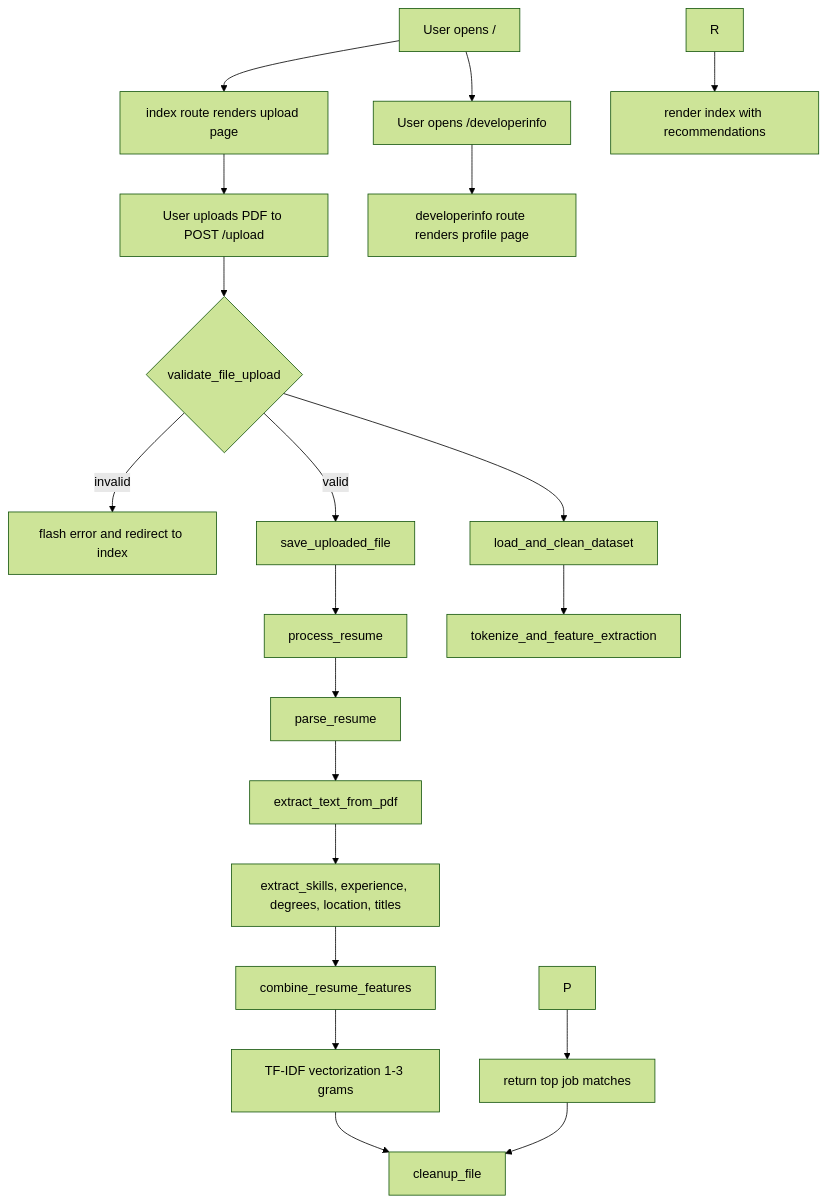
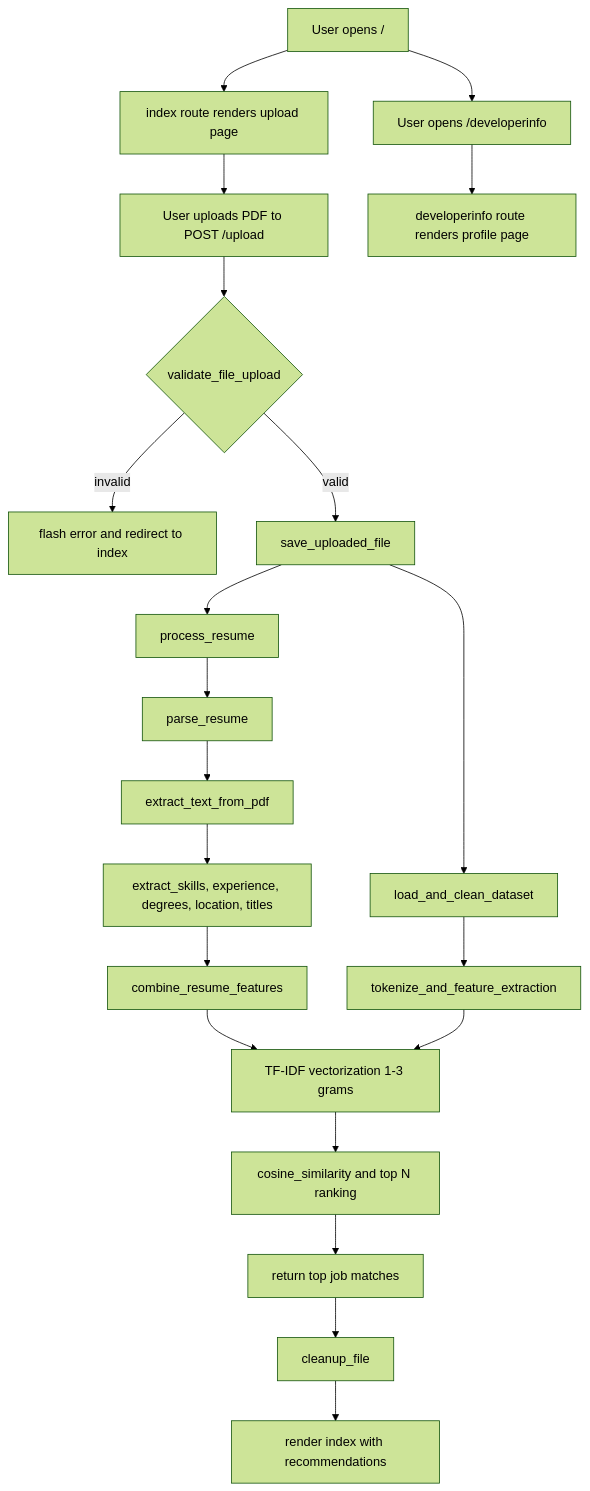
One commit to avishek-sarkar/Job-Recommendation-System changed the diagram in README.md. Above: the diagram before and after it, drawn with Mermaid (forest theme). The commit also changed other lines of this file, not shown here.

````diff
--- a/README.md
+++ b/README.md
@@ -50,22 +50,23 @@
 ```mermaid
 flowchart TD
     A[User opens /] --> B[index route renders upload page]
     B --> C[User uploads PDF to POST /upload]
     C --> D{validate_file_upload}
     D -->|invalid| E[flash error and redirect to index]
     D -->|valid| F[save_uploaded_file]
     F --> G[process_resume]
     G --> H[parse_resume]
     H --> I[extract_text_from_pdf]
     I --> J[extract_skills, experience, degrees, location, titles]
     J --> K[combine_resume_features]
-    D --> L[load_and_clean_dataset]
+    F --> L[load_and_clean_dataset]
     L --> M[tokenize_and_feature_extraction]
     K --> N[TF-IDF vectorization 1-3 grams]
-    N --> O[cosine_similarity and top N ranking]
+    M --> N
+    N --> P[cosine_similarity and top N ranking]
     P --> Q[return top job matches]
     Q --> O[cleanup_file]
-    R --> S[render index with recommendations]
+    O --> S[render index with recommendations]
     A --> T[User opens /developerinfo]
     T --> U[developerinfo route renders profile page]
 ```
````
